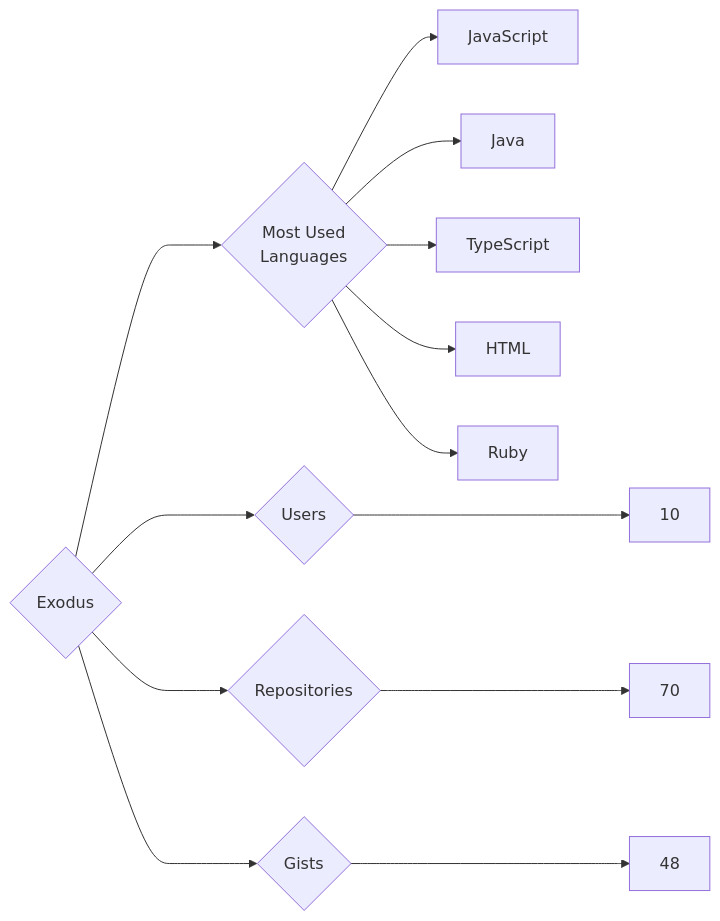
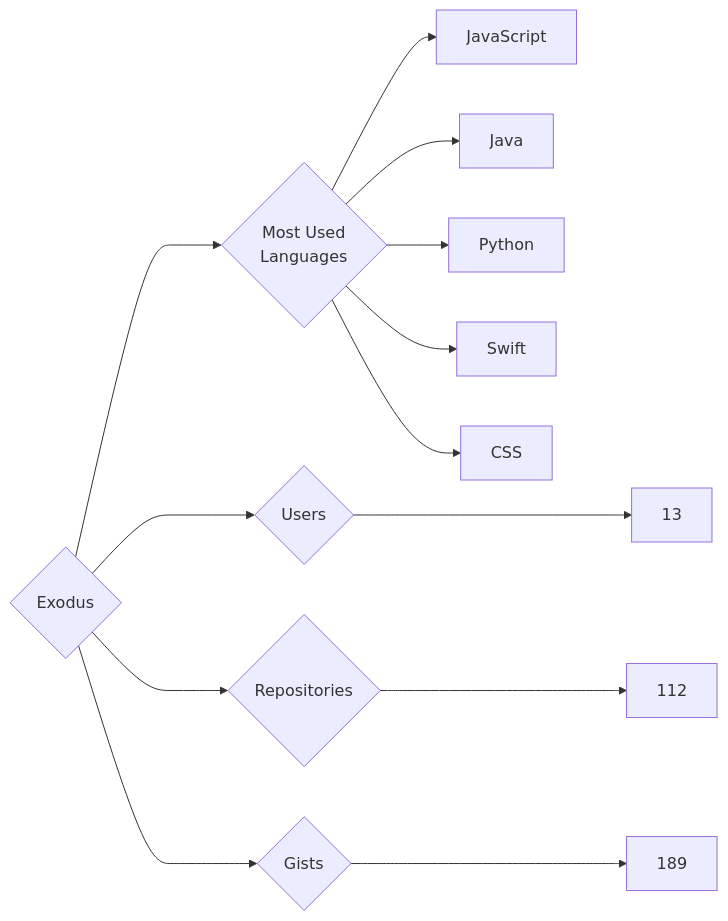
One commit to trickest/insiders changed the diagram in targets/Exodus/README.md. Above: the diagram before and after it, drawn with Mermaid. The commit also changed 888 other files, not shown here.

````diff
--- a/targets/Exodus/README.md
+++ b/targets/Exodus/README.md
@@ -3,13 +3,13 @@
 ```mermaid
 graph LR
 COMPANY_NAME{Exodus}
-COMPANY_NAME ---> U{Users} ---> UN[10]
-COMPANY_NAME ---> R{Repositories} ---> RN[70]
-COMPANY_NAME ---> G{Gists} ---> GN[48]
+COMPANY_NAME ---> U{Users} ---> UN[13]
+COMPANY_NAME ---> R{Repositories} ---> RN[112]
+COMPANY_NAME ---> G{Gists} ---> GN[189]
 COMPANY_NAME ---> ML{Most Used<br>Languages}
 ML --> JavaScript[JavaScript]
 ML --> Java[Java]
-ML --> TypeScript[TypeScript]
-ML --> HTML[HTML]
-ML --> Ruby[Ruby]
+ML --> Python[Python]
+ML --> Swift[Swift]
+ML --> CSS[CSS]
 ```
````
